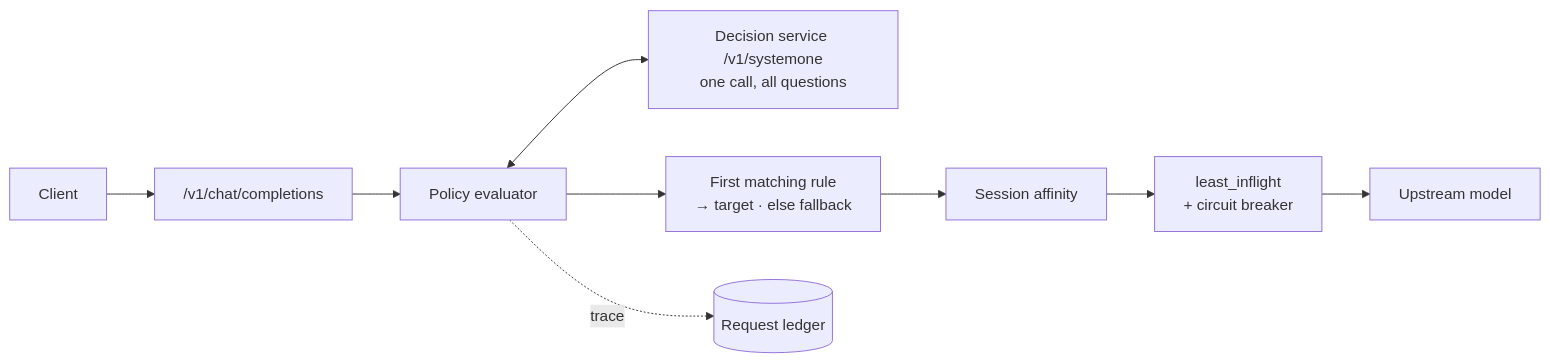
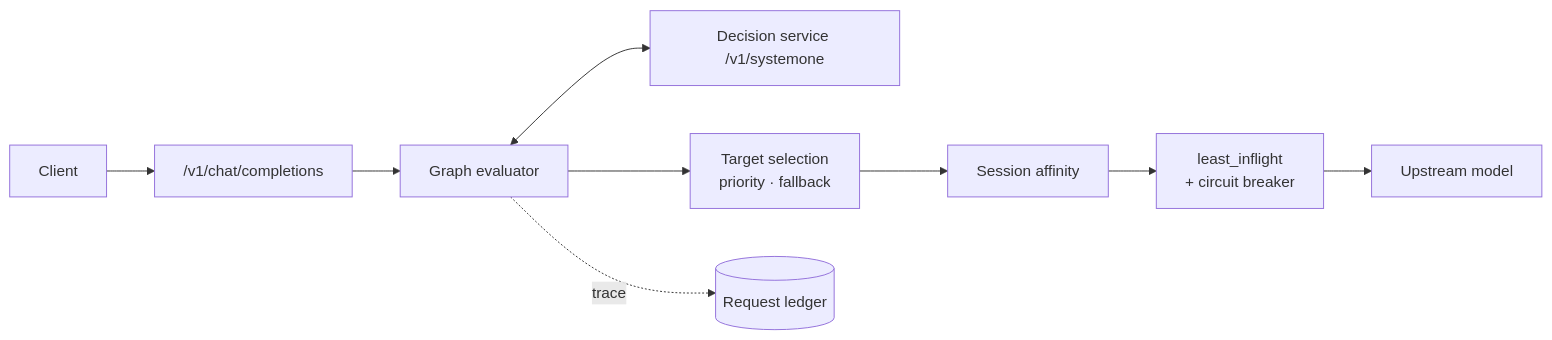
One commit to Wayfinder-one/RoutePilot changed the diagram in README.md. Above: the diagram before and after it, drawn with Mermaid. The commit also changed other lines of this file and 148 other files, not shown here.

First line of the commit message:
Revert "feat!: merge routing policy v4 (replaces graph v3)"

````diff
--- a/README.md
+++ b/README.md
@@ -24,11 +26,11 @@
 ```mermaid
 flowchart LR
   C[Client] --> V["/v1/chat/completions"]
-  V --> P[Policy evaluator]
-  P <--> J["Decision service /v1/systemone<br/>one call, all questions"]
-  P --> T["First matching rule<br/>→ target · else fallback"]
+  V --> G[Graph evaluator]
+  G <--> J["Decision service /v1/systemone"]
+  G --> T["Target selection<br/>priority · fallback"]
   T --> A[Session affinity]
   A --> L["least_inflight<br/>+ circuit breaker"]
   L --> U[Upstream model]
-  P -. trace .-> R[(Request ledger)]
+  G -. trace .-> R[(Request ledger)]
 ```
````
